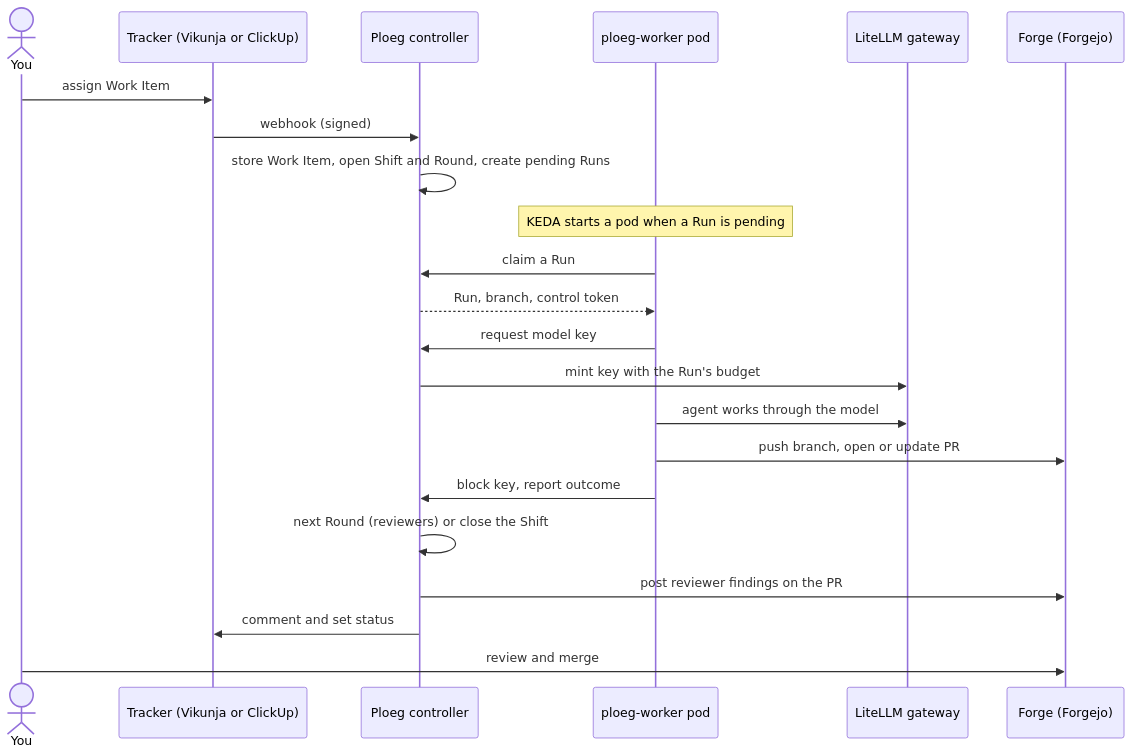
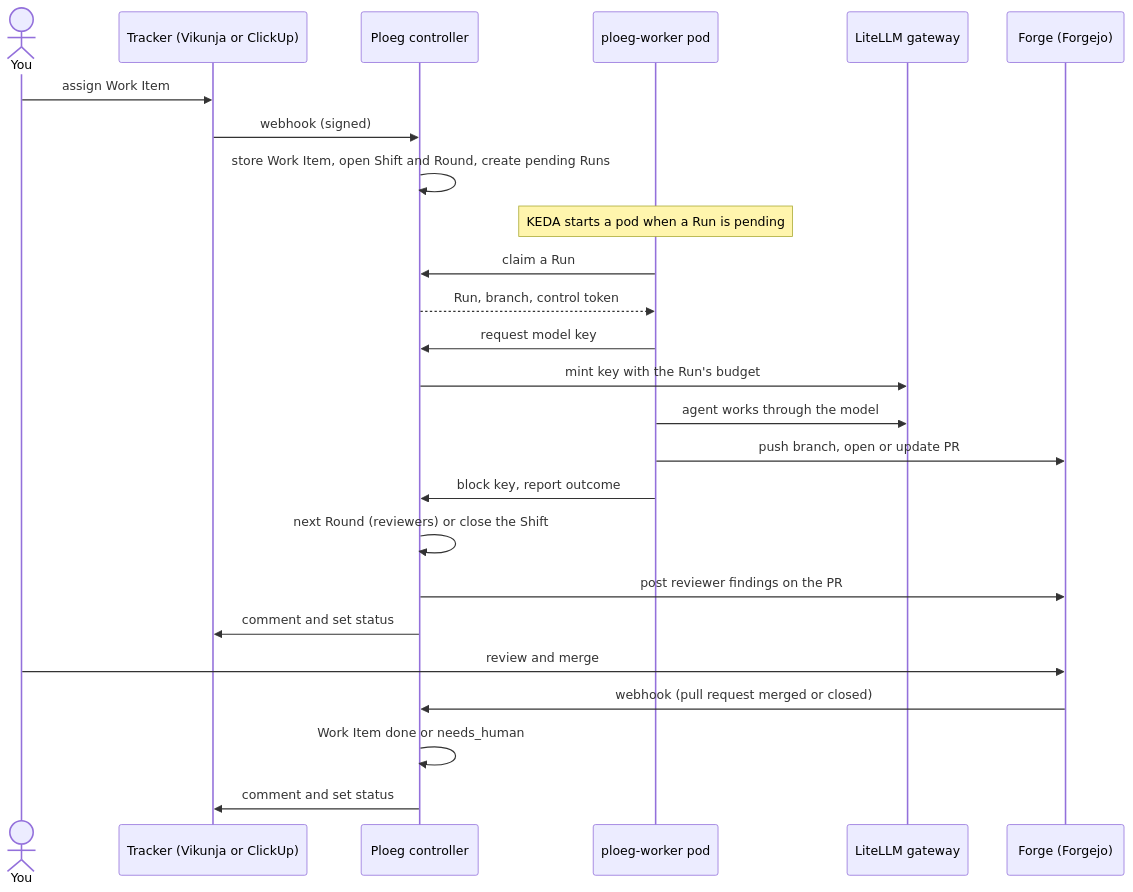
Before and after one commit to webgrip/glide: the diagram in docs/concepts/how-work-flows.md, drawn with Mermaid. The commit also changed other lines of this file and 3 other files, not shown here.

Commit message:
docs: describe how a merged or closed pull request settles its Work Item

````diff
--- a/docs/concepts/how-work-flows.md
+++ b/docs/concepts/how-work-flows.md
@@ -22,24 +22,27 @@
 ```mermaid
 sequenceDiagram
     actor You
     participant Tracker as Tracker (Vikunja or ClickUp)
     participant Ploeg as Ploeg controller
     participant Worker as ploeg-worker pod
     participant LiteLLM as LiteLLM gateway
     participant Forge as Forge (Forgejo)
     You->>Tracker: assign Work Item
     Tracker->>Ploeg: webhook (signed)
     Ploeg->>Ploeg: store Work Item, open Shift and Round, create pending Runs
     Note over Worker: KEDA starts a pod when a Run is pending
     Worker->>Ploeg: claim a Run
     Ploeg-->>Worker: Run, branch, control token
     Worker->>Ploeg: request model key
     Ploeg->>LiteLLM: mint key with the Run's budget
     Worker->>LiteLLM: agent works through the model
     Worker->>Forge: push branch, open or update PR
     Worker->>Ploeg: block key, report outcome
     Ploeg->>Ploeg: next Round (reviewers) or close the Shift
     Ploeg->>Forge: post reviewer findings on the PR
     Ploeg->>Tracker: comment and set status
     You->>Forge: review and merge
+    Forge->>Ploeg: webhook (pull request merged or closed)
+    Ploeg->>Ploeg: Work Item done or needs_human
+    Ploeg->>Tracker: comment and set status
 ```
````
